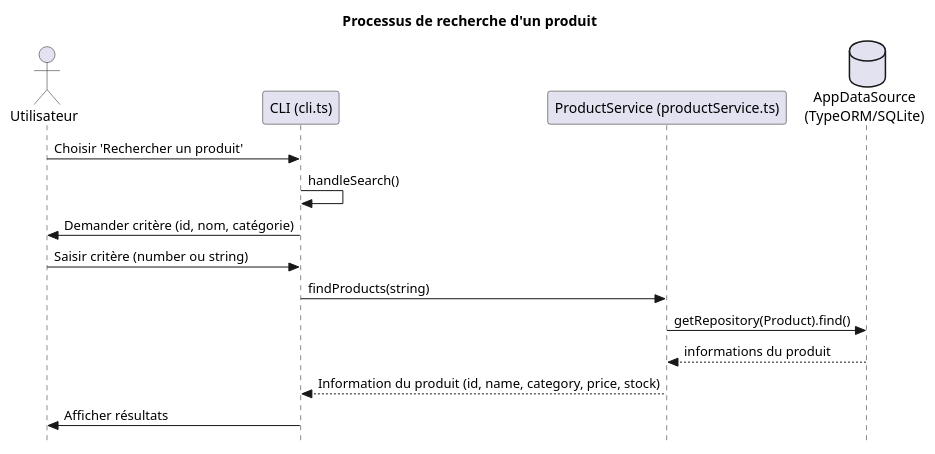
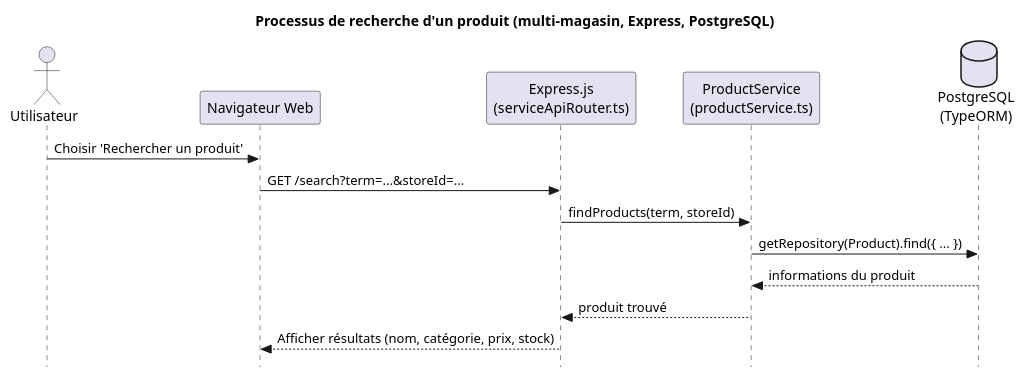
Before and after one commit to RaphaelMailhiot/LOG430-labo: the diagram in docs/process/product-search.puml, drawn with PlantUML. The commit also changed 23 other files, not shown here.

Commit message:
Add Dashboard + Update UML

```diff
--- a/docs/process/product-search.puml
+++ b/docs/process/product-search.puml
@@ -1,21 +1,21 @@
 @startuml
 
 skinparam style strictuml
 
-title Processus de recherche d'un produit
+title Processus de recherche d'un produit (multi-magasin, Express, PostgreSQL)
+
 actor Utilisateur
-participant "CLI (cli.ts)" as CLI
-participant "ProductService (productService.ts)" as ProductService
-database "AppDataSource\n(TypeORM/SQLite)" as Database
+participant "Navigateur Web" as Web
+participant "Express.js\n(serviceApiRouter.ts)" as Express
+participant "ProductService\n(productService.ts)" as ProductService
+database "PostgreSQL\n(TypeORM)" as Database
 
-Utilisateur -> CLI : Choisir 'Rechercher un produit'
-CLI -> CLI : handleSearch()
-CLI -> Utilisateur : Demander critère (id, nom, catégorie)
-Utilisateur -> CLI : Saisir critère (number ou string)
-CLI -> ProductService : findProducts(string)
-ProductService -> Database : getRepository(Product).find()
+Utilisateur -> Web : Choisir 'Rechercher un produit'
+Web -> Express : GET /search?term=...&storeId=...
+Express -> ProductService : findProducts(term, storeId)
+ProductService -> Database : getRepository(Product).find({ ... })
 Database --> ProductService : informations du produit
-ProductService --> CLI : Information du produit (id, name, category, price, stock)
-CLI -> Utilisateur : Afficher résultats
+ProductService --> Express : produit trouvé
+Express --> Web : Afficher résultats (nom, catégorie, prix, stock)
 
 @enduml
```
